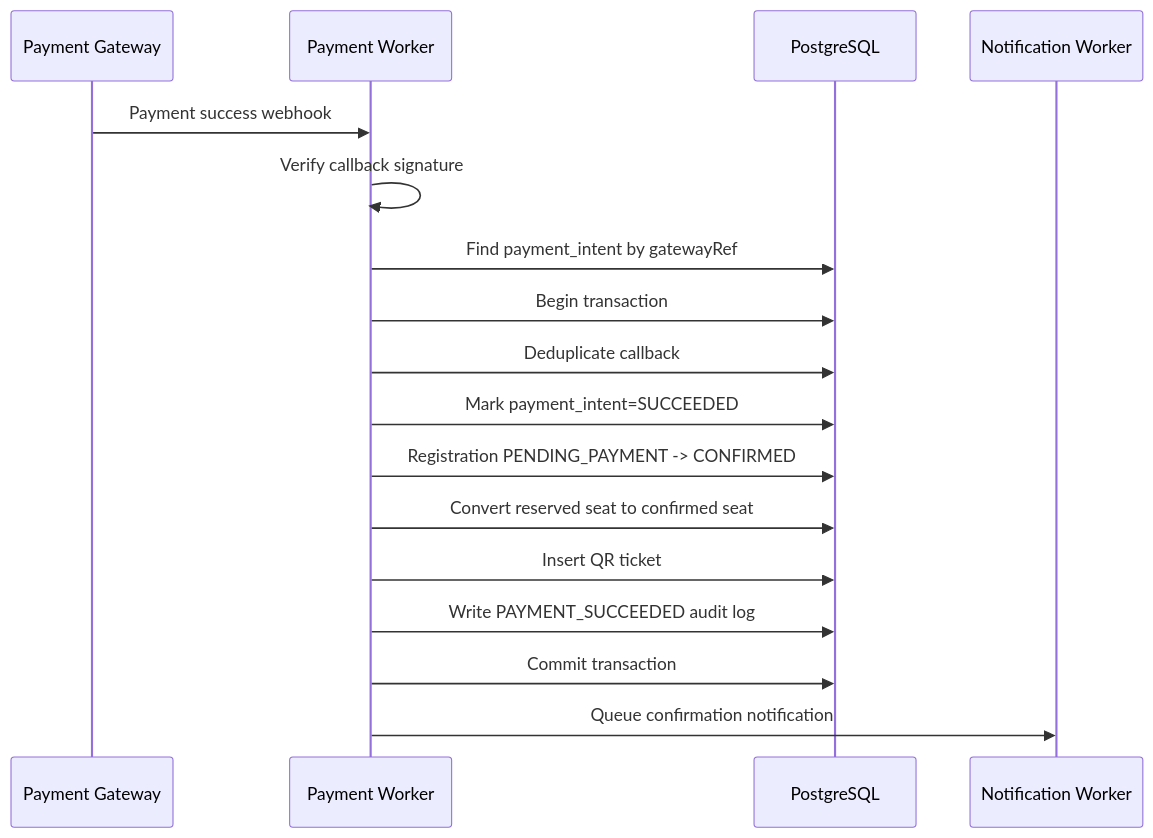
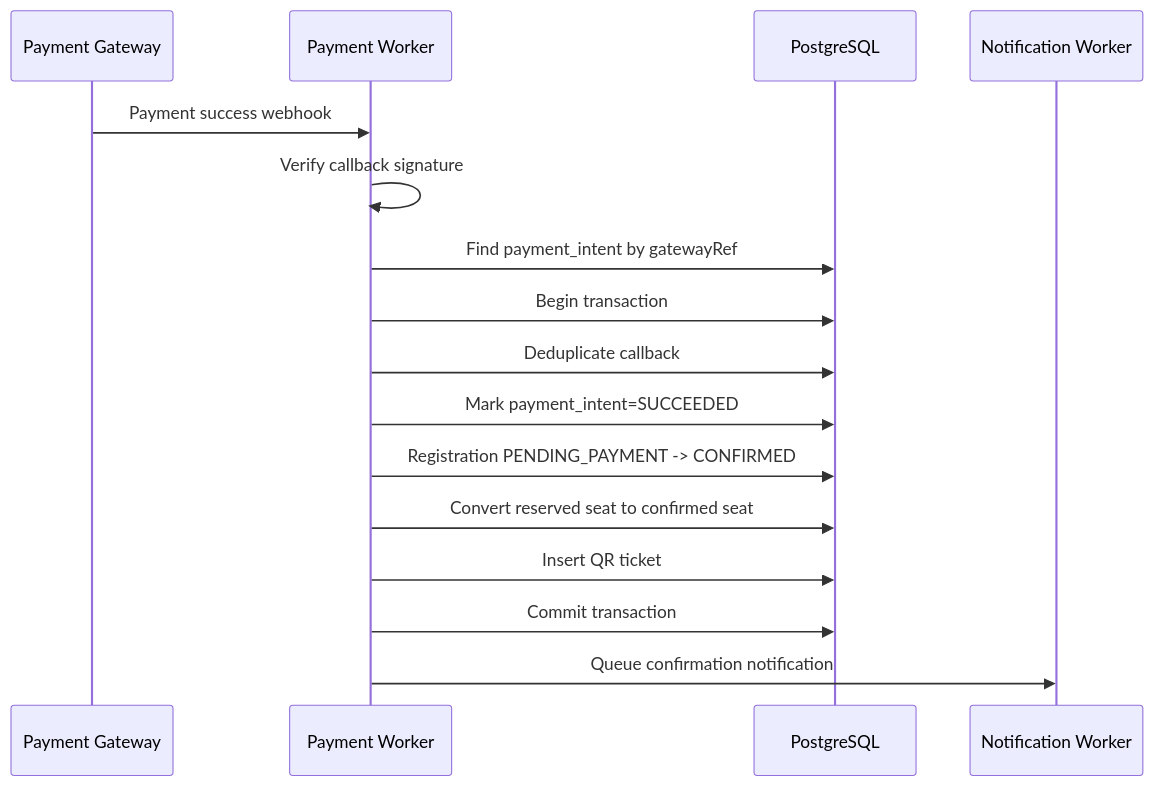
One commit to NguyenThanhTien539/unihub-workshop-system changed the third of 6 diagrams in blueprint/specs/payment.md. Above: the diagram before and after it, drawn with Mermaid. The commit also changed other lines of this file and 8 other files, not shown here.

````diff
--- a/blueprint/specs/payment.md
+++ b/blueprint/specs/payment.md
@@ -117,20 +113,19 @@
 ```mermaid
 sequenceDiagram
     participant P as Payment Gateway
     participant W as Payment Worker
     participant DB as PostgreSQL
     participant N as Notification Worker
 
     P->>W: Payment success webhook
     W->>W: Verify callback signature
     W->>DB: Find payment_intent by gatewayRef
     W->>DB: Begin transaction
     W->>DB: Deduplicate callback
     W->>DB: Mark payment_intent=SUCCEEDED
     W->>DB: Registration PENDING_PAYMENT -> CONFIRMED
     W->>DB: Convert reserved seat to confirmed seat
     W->>DB: Insert QR ticket
-    W->>DB: Write PAYMENT_SUCCEEDED audit log
     W->>DB: Commit transaction
     W->>N: Queue confirmation notification
 ```
````
